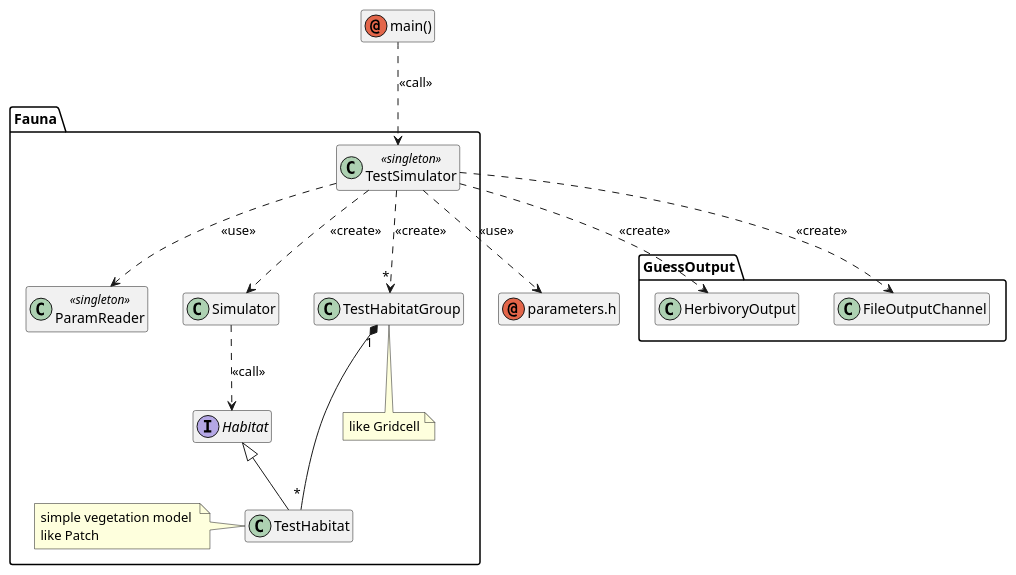
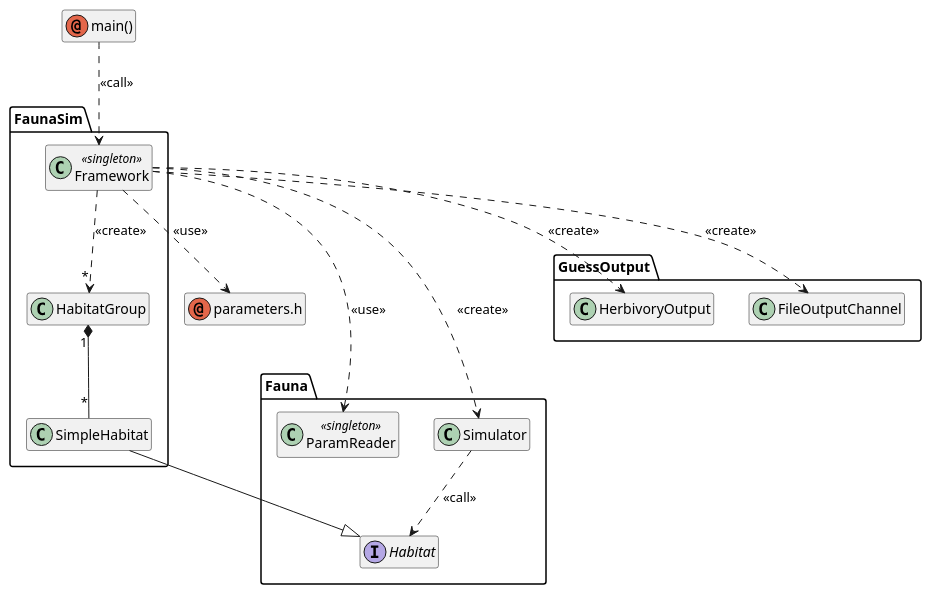
The diagram in doxygen/herbiv_tests.md (wtraylor/modular_megafauna_model), drawn with PlantUML before and after one commit. The commit also changed other lines of this file and 11 other files, not shown here.

```diff
--- a/doxygen/herbiv_tests.md
+++ b/doxygen/herbiv_tests.md
@@ -63,25 +62,25 @@
 @startuml "Class interactions of the Herbivory Test Simulations"
 hide members
 hide methods 
 annotation "parameters.h" as parameters 
+namespace FaunaSim {
+	class "Framework" <<singleton>>
+	class HabitatGroup
+	class SimpleHabitat
+	HabitatGroup "1" *-- "*" SimpleHabitat
+}
 namespace Fauna {
-	class "TestSimulator" <<singleton>>
 	class "ParamReader"   <<singleton>>
 	interface Habitat 
-	TestSimulator ..> ParamReader                    : <<use>>
-	TestSimulator ..> .parameters                    : <<use>>
-	TestSimulator ..> Simulator                      : <<create>>
 	Simulator     ..> Habitat                        : <<call>>
-	TestSimulator ..> .GuessOutput.HerbivoryOutput   : <<create>>
-	TestSimulator ..> .GuessOutput.FileOutputChannel : <<create>>
-	TestSimulator ..> "*" TestHabitatGroup           : <<create>>
-	TestHabitatGroup "1" *-- "*" TestHabitat
-	Habitat <|-- TestHabitat 
-	class TestHabitat
-	note left : simple vegetation model \nlike Patch
-	class TestHabitatGroup
-	note bottom : like Gridcell
 }
+FaunaSim.SimpleHabitat --|> Fauna.Habitat
+FaunaSim.Framework ..> Fauna.ParamReader              : <<use>>
+FaunaSim.Framework ..> .parameters                    : <<use>>
+FaunaSim.Framework ..> Fauna.Simulator                : <<create>>
+FaunaSim.Framework ..> .GuessOutput.HerbivoryOutput   : <<create>>
+FaunaSim.Framework ..> .GuessOutput.FileOutputChannel : <<create>>
+FaunaSim.Framework ..> "*" FaunaSim.HabitatGroup      : <<create>>
 annotation "main()" as main
-main ..> Fauna.TestSimulator : <<call>>
+main ..> FaunaSim.Framework : <<call>>
 @enduml
```
